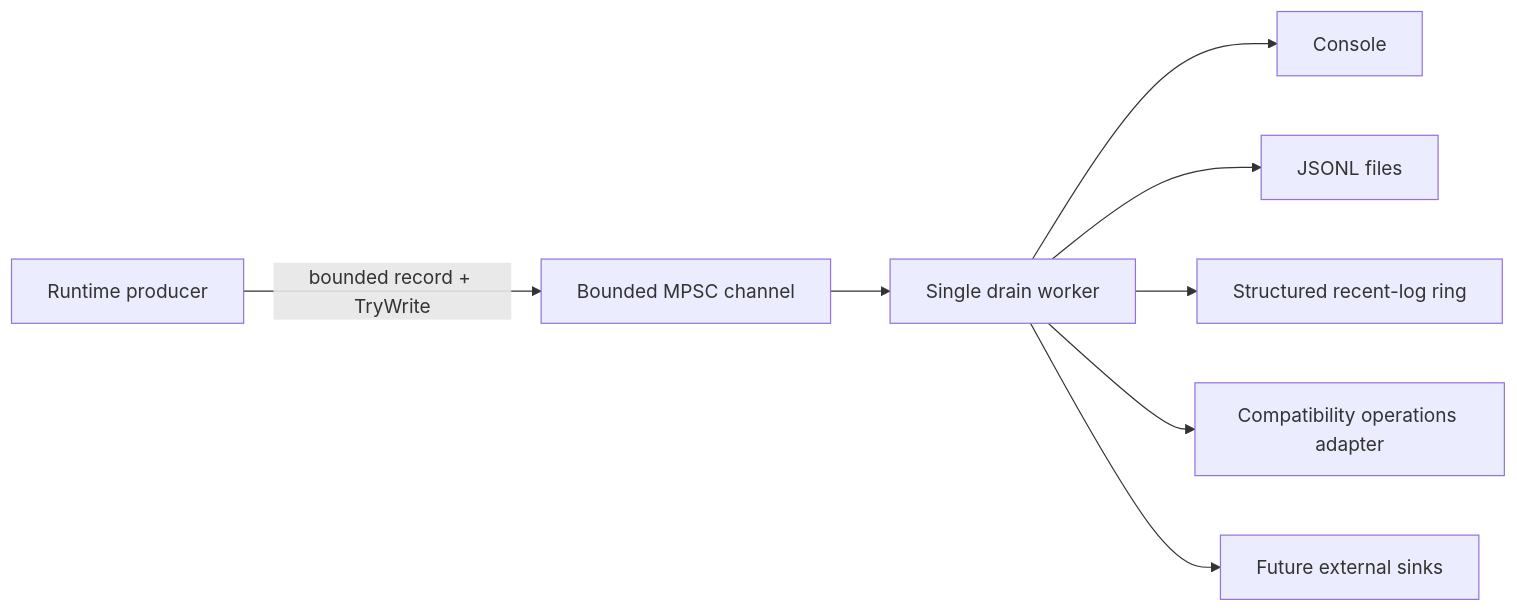
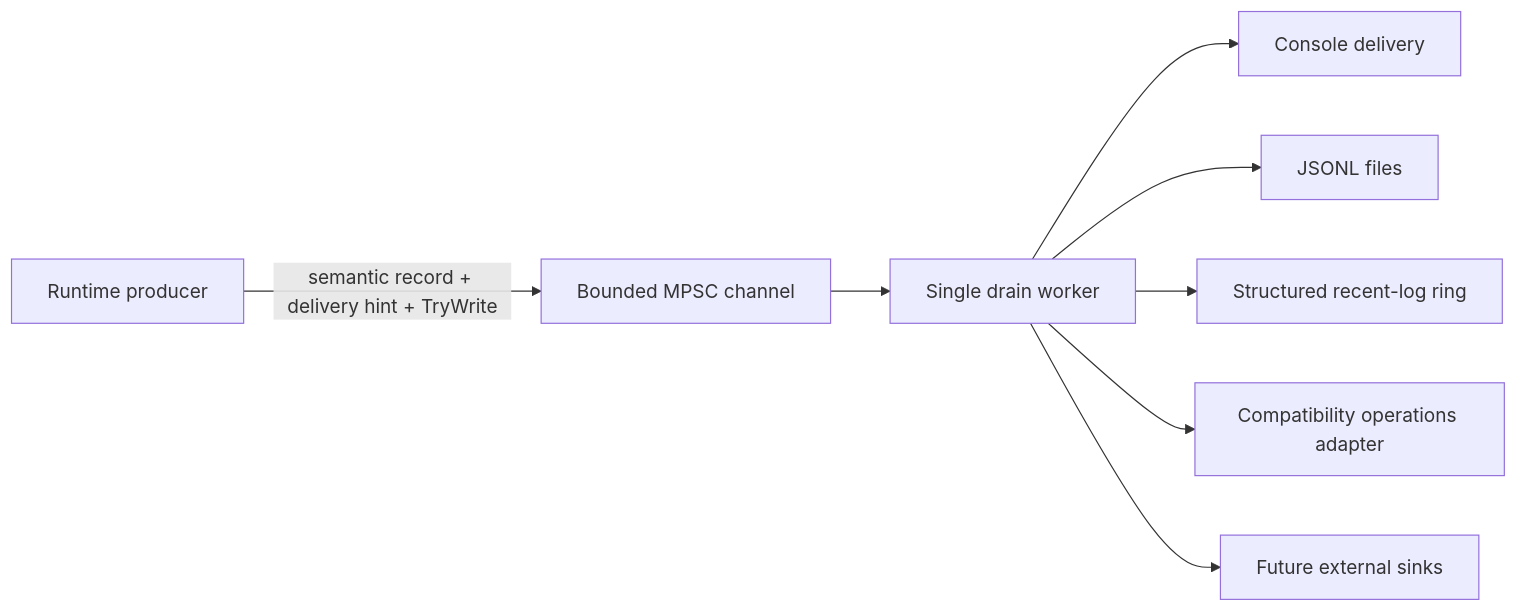
The diagram in docs/roadmap/runtime-logging-pipeline.md (VegaKernel/TerraRuntime), drawn with Mermaid before and after one commit. The commit also changed other lines of this file and 8 other files, not shown here.

````diff
--- a/docs/roadmap/runtime-logging-pipeline.md
+++ b/docs/roadmap/runtime-logging-pipeline.md
@@ -20,10 +21,10 @@
 ```mermaid
 graph LR
-    A[Runtime producer] -->|bounded record + TryWrite| B[Bounded MPSC channel]
+    A[Runtime producer] -->|semantic record + delivery hint + TryWrite| B[Bounded MPSC channel]
     B --> C[Single drain worker]
-    C --> D[Console]
+    C --> D[Console delivery]
     C --> E[JSONL files]
     C --> F[Structured recent-log ring]
     C --> G[Compatibility operations adapter]
     C --> H[Future external sinks]
 ```
````
